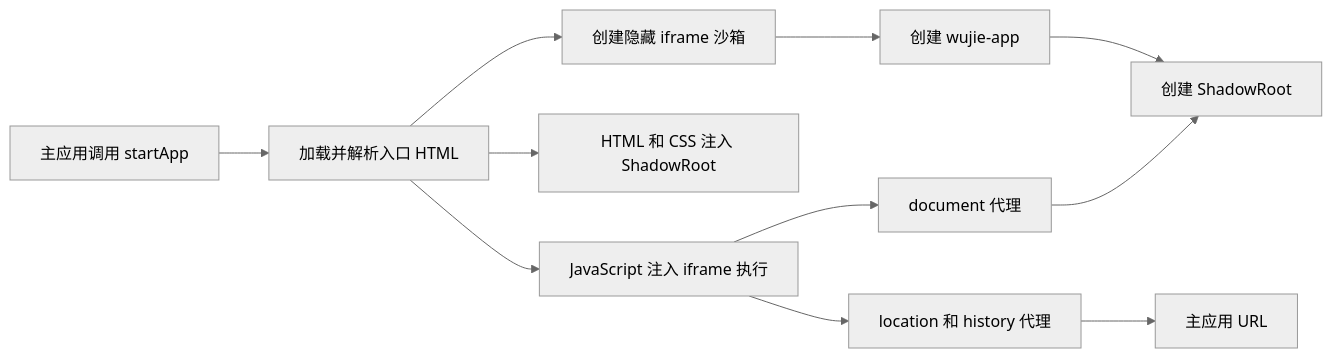
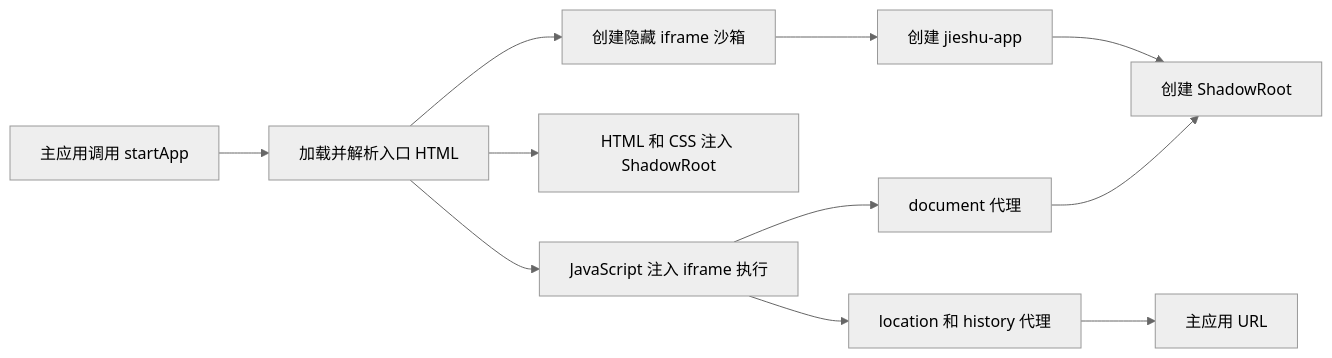
Before and after one commit to WeMadeCode/jieshu: the first of 2 diagrams in notes/implementation-deep-dive.md, drawn with Mermaid (neutral theme). The commit also changed other lines of this file and 371 other files, not shown here.

First line of the commit message:
refactor: rename wujie to jieshu across workspace

````diff
--- a/notes/implementation-deep-dive.md
+++ b/notes/implementation-deep-dive.md
@@ -51,13 +51,13 @@
 ```mermaid
 flowchart LR
     Start[主应用调用 startApp] --> Load[加载并解析入口 HTML]
     Load --> Sandbox[创建隐藏 iframe 沙箱]
-    Sandbox --> WC[创建 wujie-app]
+    Sandbox --> WC[创建 jieshu-app]
     WC --> Shadow[创建 ShadowRoot]
     Load --> DOM[HTML 和 CSS 注入 ShadowRoot]
     Load --> JS[JavaScript 注入 iframe 执行]
     JS --> DocumentProxy[document 代理]
     DocumentProxy --> Shadow
     JS --> LocationProxy[location 和 history 代理]
     LocationProxy --> MainURL[主应用 URL]
 ```
````
